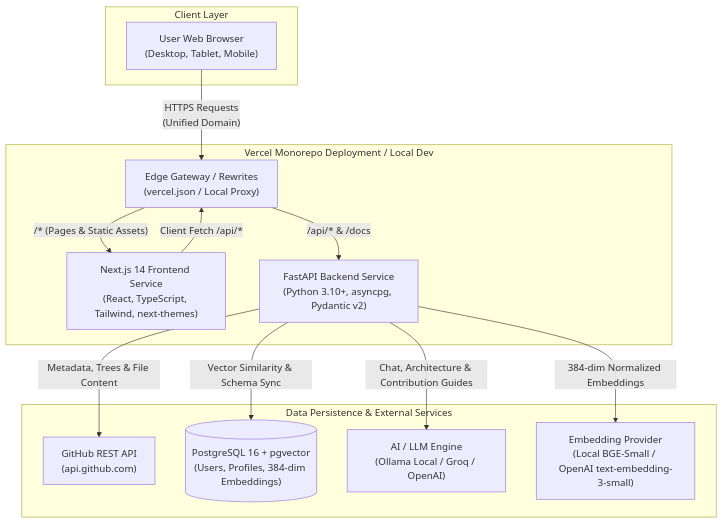
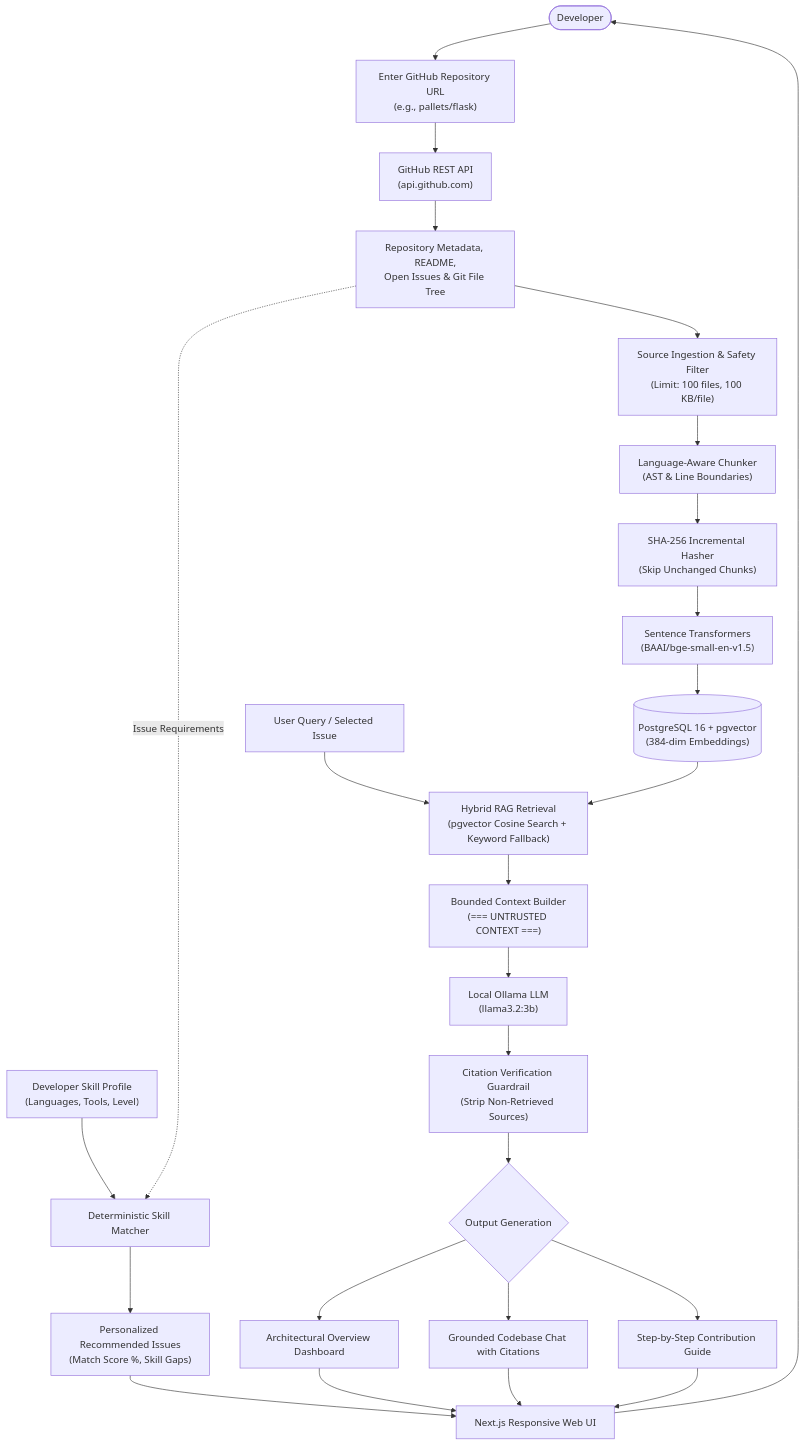
One commit to nikitaa-sharma/OpenCopilot changed the first of 4 diagrams in README.md. Above: the diagram before and after it, drawn with Mermaid. The commit also changed other lines of this file and 9 other files, not shown here.

````diff
--- a/README.md
+++ b/README.md
@@ -69,29 +67,37 @@
 ```mermaid
-graph TD
-    subgraph ClientLayer["Client Layer"]
-        Browser["User Web Browser\n(Desktop, Tablet, Mobile)"]
-    end
-
-    subgraph VercelDeployment["Vercel Monorepo Deployment / Local Dev"]
-        EdgeProxy["Edge Gateway / Rewrites\n(vercel.json / Local Proxy)"]
-        Frontend["Next.js 14 Frontend Service\n(React, TypeScript, Tailwind, next-themes)"]
-        Backend["FastAPI Backend Service\n(Python 3.10+, asyncpg, Pydantic v2)"]
-    end
-
-    subgraph DataAndAILayer["Data Persistence & External Services"]
-        GitHubAPI["GitHub REST API\n(api.github.com)"]
-        PostgresDB[("PostgreSQL 16 + pgvector\n(Users, Profiles, 384-dim Embeddings)")]
-        LLMProvider["AI / LLM Engine\n(Ollama Local / Groq / OpenAI)"]
-        EmbedProvider["Embedding Provider\n(Local BGE-Small / OpenAI text-embedding-3-small)"]
-    end
-
-    Browser -->|"HTTPS Requests\n(Unified Domain)"| EdgeProxy
-    EdgeProxy -->|"/* (Pages & Static Assets)"| Frontend
-    EdgeProxy -->|"/api/* & /docs"| Backend
-    Frontend -->|"Client Fetch /api/*"| EdgeProxy
-
-    Backend -->|"Metadata, Trees & File Content"| GitHubAPI
-    Backend -->|"Vector Similarity & Schema Sync"| PostgresDB
-    Backend -->|"Chat, Architecture & Contribution Guides"| LLMProvider
-    Backend -->|"384-dim Normalized Embeddings"| EmbedProvider
+flowchart TD
+    User(["Developer"]) --> EnterRepo["Enter GitHub Repository URL\n(e.g., pallets/flask)"]
+    EnterRepo --> GitHubAPI["GitHub REST API\n(api.github.com)"]
+    
+    GitHubAPI --> RepoData["Repository Metadata, README,\nOpen Issues & Git File Tree"]
+    RepoData --> IngestFilter["Source Ingestion & Safety Filter\n(Limit: 100 files, 100 KB/file)"]
+    
+    IngestFilter --> Chunker["Language-Aware Chunker\n(AST & Line Boundaries)"]
+    Chunker --> Hasher["SHA-256 Incremental Hasher\n(Skip Unchanged Chunks)"]
+    Hasher --> Embedder["Sentence Transformers\n(BAAI/bge-small-en-v1.5)"]
+    
+    Embedder --> PGVector[("PostgreSQL 16 + pgvector\n(384-dim Embeddings)")]
+    
+    DevProfile["Developer Skill Profile\n(Languages, Tools, Level)"] --> SkillMatcher["Deterministic Skill Matcher"]
+    RepoData -.->|"Issue Requirements"| SkillMatcher
+    SkillMatcher --> RecIssues["Personalized Recommended Issues\n(Match Score %, Skill Gaps)"]
+    
+    UserQuery["User Query / Selected Issue"] --> RAGRetrieval["Hybrid RAG Retrieval\n(pgvector Cosine Search + Keyword Fallback)"]
+    PGVector --> RAGRetrieval
+    
+    RAGRetrieval --> ContextBuilder["Bounded Context Builder\n(=== UNTRUSTED CONTEXT ===)"]
+    ContextBuilder --> OllamaLLM["Local Ollama LLM\n(llama3.2:3b)"]
+    
+    OllamaLLM --> Guardrail["Citation Verification Guardrail\n(Strip Non-Retrieved Sources)"]
+    
+    Guardrail --> FeaturesOut{"Output Generation"}
+    FeaturesOut --> ArchAnalysis["Architectural Overview Dashboard"]
+    FeaturesOut --> GroundedChat["Grounded Codebase Chat with Citations"]
+    FeaturesOut --> ContribGuide["Step-by-Step Contribution Guide"]
+    
+    RecIssues --> FrontendView["Next.js Responsive Web UI"]
+    ArchAnalysis --> FrontendView
+    GroundedChat --> FrontendView
+    ContribGuide --> FrontendView
+    FrontendView --> User
 ```
````
